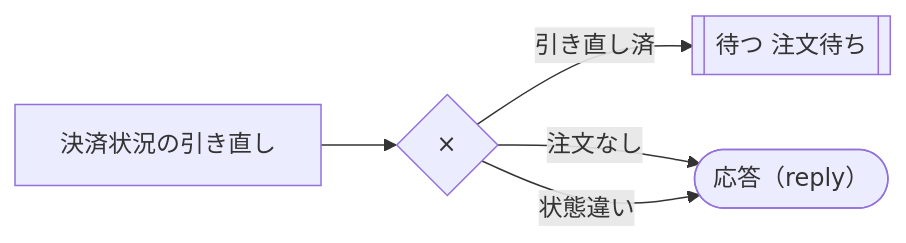
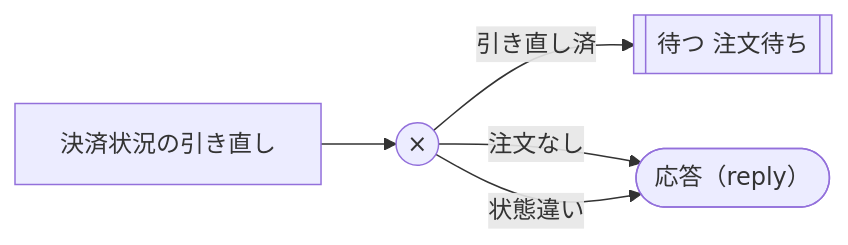
One commit to tazyamah/geas changed the third of 3 diagrams in tests/fixtures/overseas_shop/overseas_shop_spec.md. Above: the diagram before and after it, drawn with Mermaid. The commit also changed other lines of this file and 2 other files, not shown here.

First line of the commit message:
フロー図の分岐・並列の記号を菱形から小さな丸にする

````diff
--- a/tests/fixtures/overseas_shop/overseas_shop_spec.md
+++ b/tests/fixtures/overseas_shop/overseas_shop_spec.md
@@ -150,11 +150,11 @@
 ```mermaid
 flowchart LR
     n0["決済状況の引き直し"]
-    n1{"×"}
+    n1(("×"))
     n0 --> n1
     n2[["待つ 注文待ち"]]
     n1 -- "引き直し済" --> n2
     n3(["応答（reply）"])
     n1 -- "注文なし" --> n3
     n1 -- "状態違い" --> n3
 ```
````
